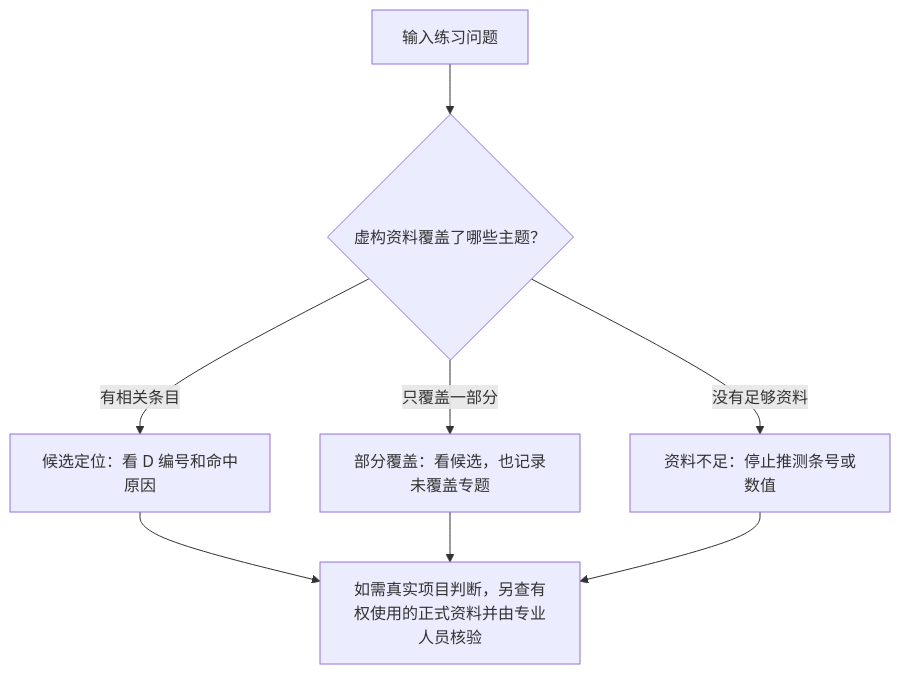
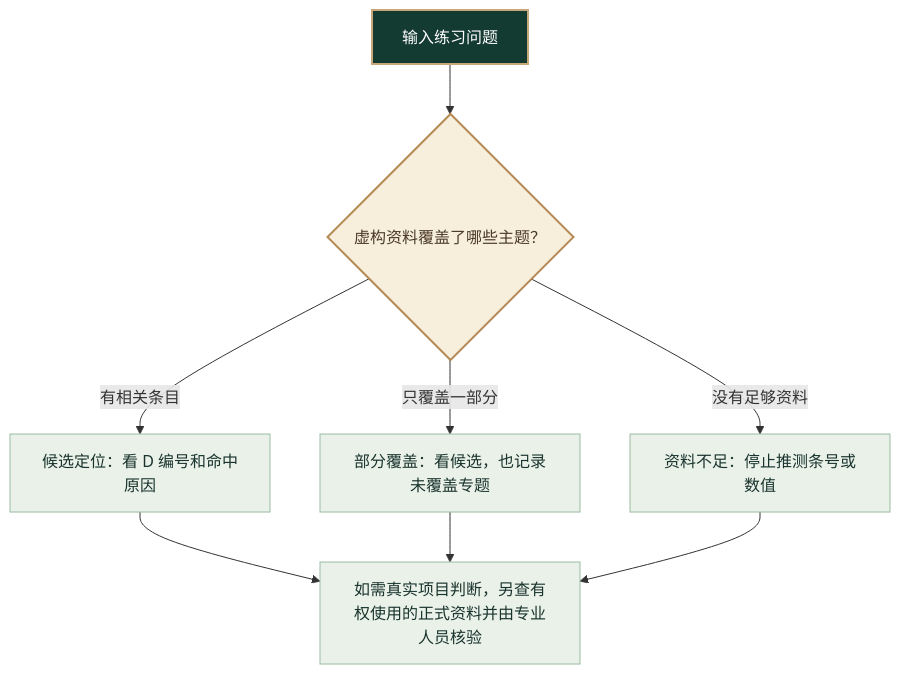
The second of 2 diagrams in docs/quickstart.md (ghgg25043-byte/building-code-assistant), drawn with Mermaid before and after one commit. The commit also changed other lines of this file and 4 other files, not shown here.

````diff
--- a/docs/quickstart.md
+++ b/docs/quickstart.md
@@ -20,10 +24,16 @@
 ```mermaid
 flowchart TD
     Q["输入练习问题"] --> S{"虚构资料覆盖了哪些主题？"}
     S -->|有相关条目| A["候选定位：看 D 编号和命中原因"]
     S -->|只覆盖一部分| B["部分覆盖：看候选，也记录未覆盖专题"]
     S -->|没有足够资料| C["资料不足：停止推测条号或数值"]
     A --> H["如需真实项目判断，另查有权使用的正式资料并由专业人员核验"]
     B --> H
     C --> H
+    classDef start fill:#143B32,stroke:#C8A77A,color:#FFFFFF,stroke-width:2px
+    classDef choice fill:#F7EEDC,stroke:#B58A55,color:#4A3A26,stroke-width:2px
+    classDef step fill:#EAF1E9,stroke:#9BBBA3,color:#19342E
+    class Q start
+    class S choice
+    class A,B,C,H step
 ```
````
